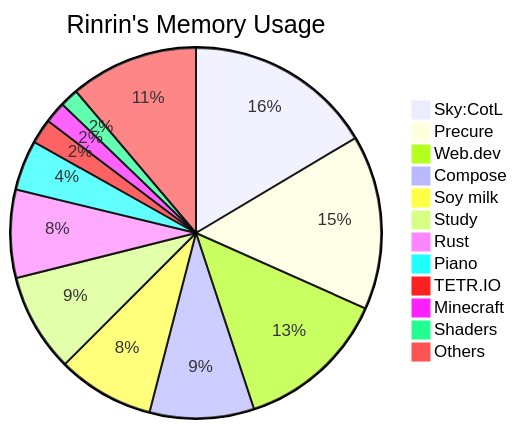
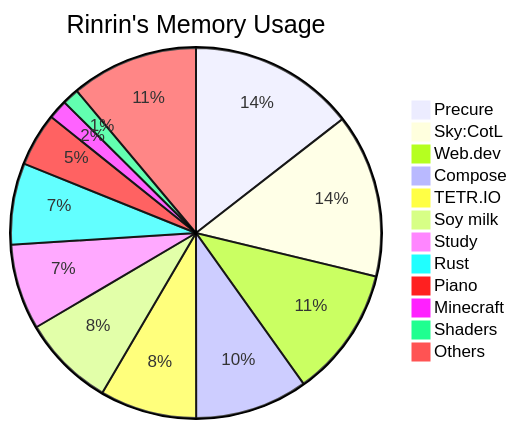
Before and after one commit to Rinrin0413/Rinrin0413: the diagram in README.md, drawn with Mermaid.

Commit message:
🛠 Update: Rinrin's Memory Usage

````diff
--- a/README.md
+++ b/README.md
@@ -76,15 +76,15 @@
 ```mermaid
 pie title Rinrin's Memory Usage
-    "Sky:CotL": 578
-    "Precure": 535
-    "Web.dev": 466
-    "Compose": 320
-    "Soy milk": 297
-    "Study": 302
+    "Precure": 550
+    "Sky:CotL": 543
+    "Web.dev": 432
+    "Compose": 374
+    "TETR.IO": 321
+    "Soy milk": 307
+    "Study": 284
     "Rust": 270
-    "Piano": 154
-    "TETR.IO": 76
-    "Minecraft": 66
-    "Shaders": 57
-    "Others": 393
+    "Piano": 177
+    "Minecraft": 64
+    "Shaders": 55
+    "Others": 422
 ```
````
